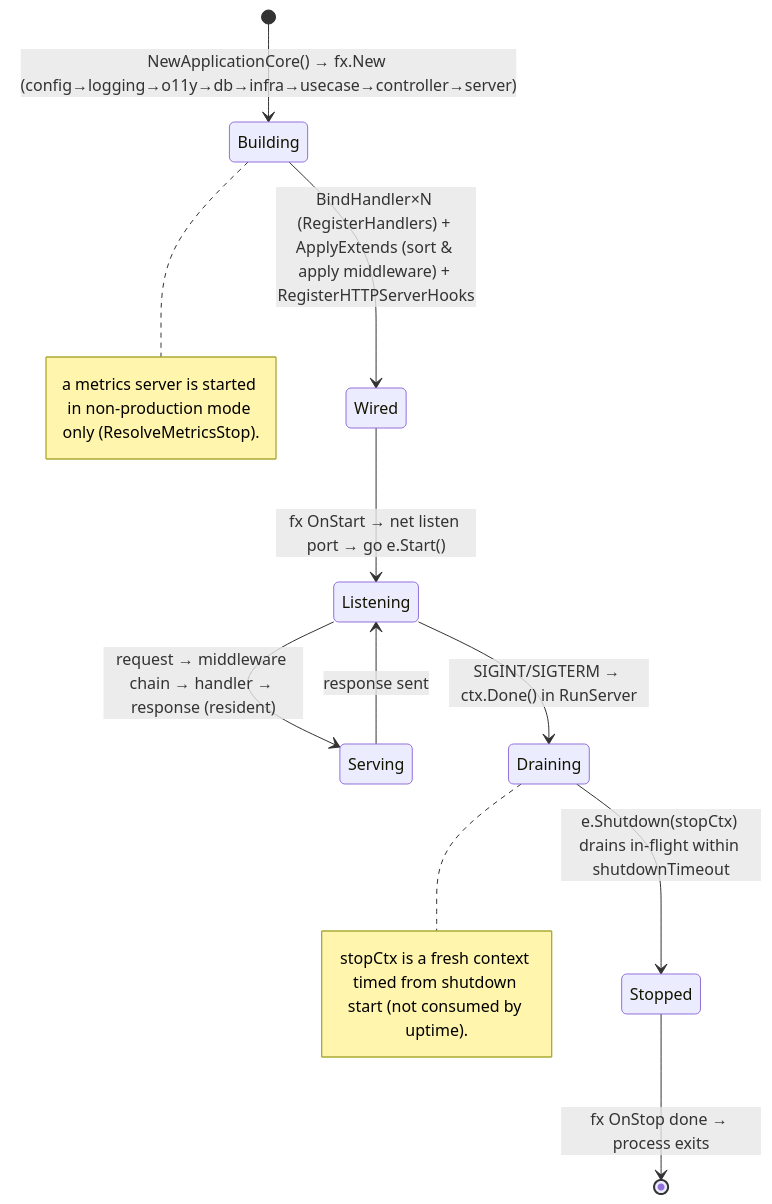
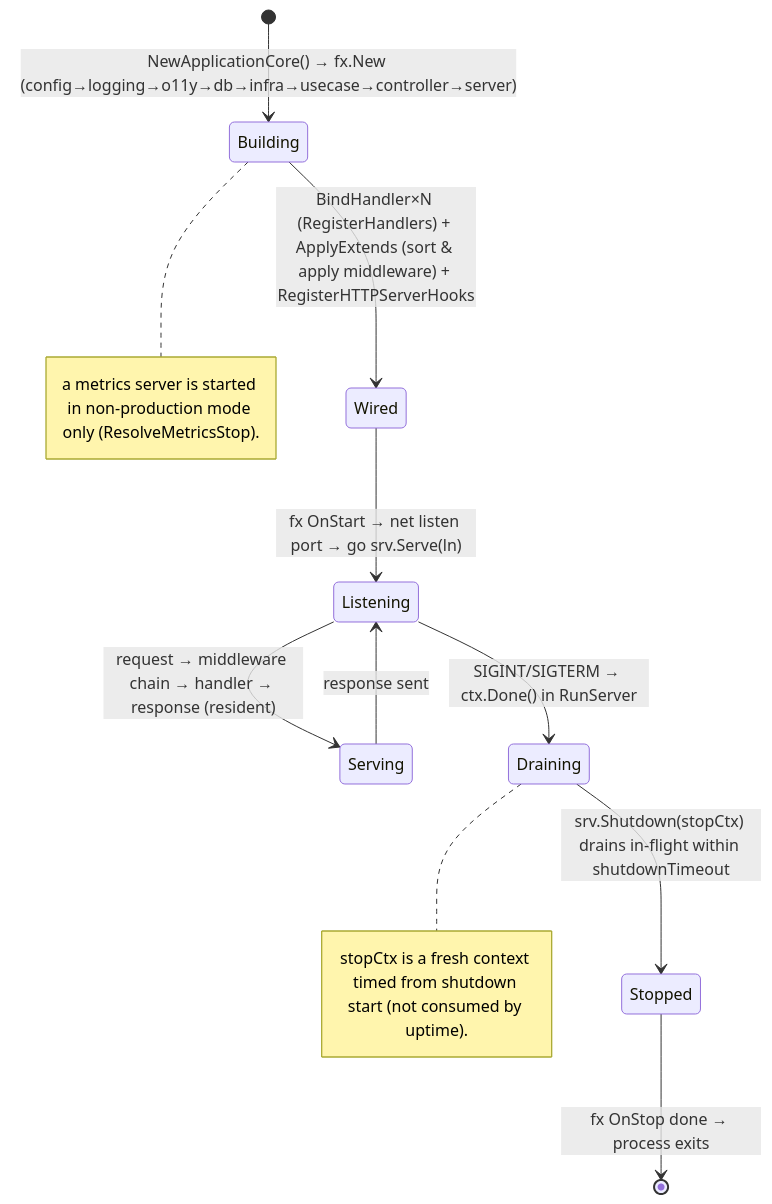
One commit to Tomy-ch/go-boilerplate changed the first of 6 diagrams in docs/portal/guides/rest-design.md. Above: the diagram before and after it, drawn with Mermaid. The commit also changed other lines of this file and 1741 other files, not shown here.

````diff
--- a/docs/portal/guides/rest-design.md
+++ b/docs/portal/guides/rest-design.md
@@ -37,18 +37,18 @@
 ```mermaid
 stateDiagram-v2
     [*] --> Building: NewApplicationCore() → fx.New (config→logging→o11y→db→infra→usecase→controller→server)
     Building --> Wired: BindHandler×N (RegisterHandlers) + ApplyExtends (sort & apply middleware) + RegisterHTTPServerHooks
-    Wired --> Listening: fx OnStart → net listen port → go e.Start()
+    Wired --> Listening: fx OnStart → net listen port → go srv.Serve(ln)
     Listening --> Serving: request → middleware chain → handler → response (resident)
     Serving --> Listening: response sent
     Listening --> Draining: SIGINT/SIGTERM → ctx.Done() in RunServer
-    Draining --> Stopped: e.Shutdown(stopCtx) drains in-flight within shutdownTimeout
+    Draining --> Stopped: srv.Shutdown(stopCtx) drains in-flight within shutdownTimeout
     Stopped --> [*]: fx OnStop done → process exits
 
     note right of Draining
       stopCtx is a fresh context timed from shutdown start (not consumed by uptime).
     end note
     note right of Building
       a metrics server is started in non-production mode only (ResolveMetricsStop).
     end note
 ```
````
